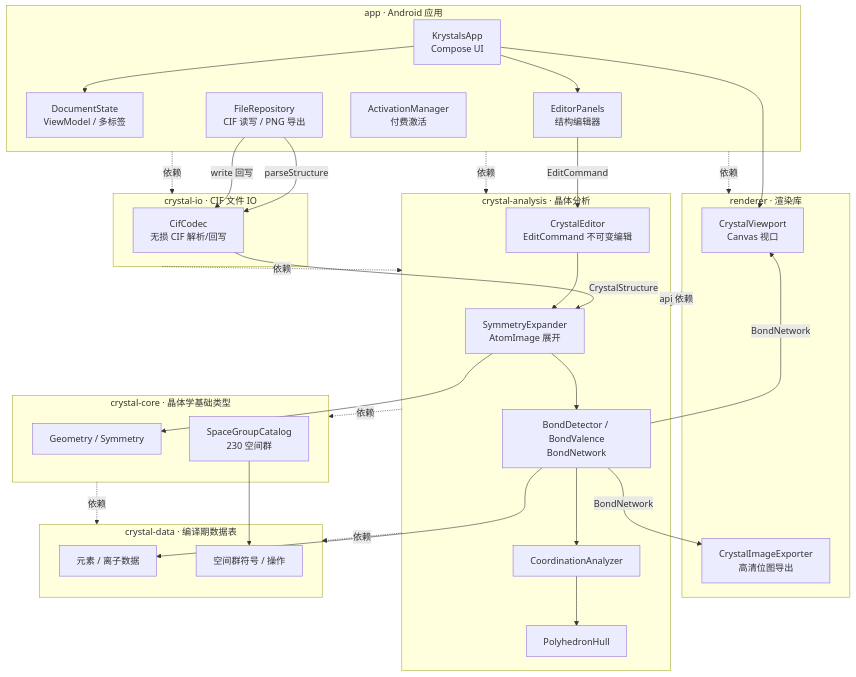
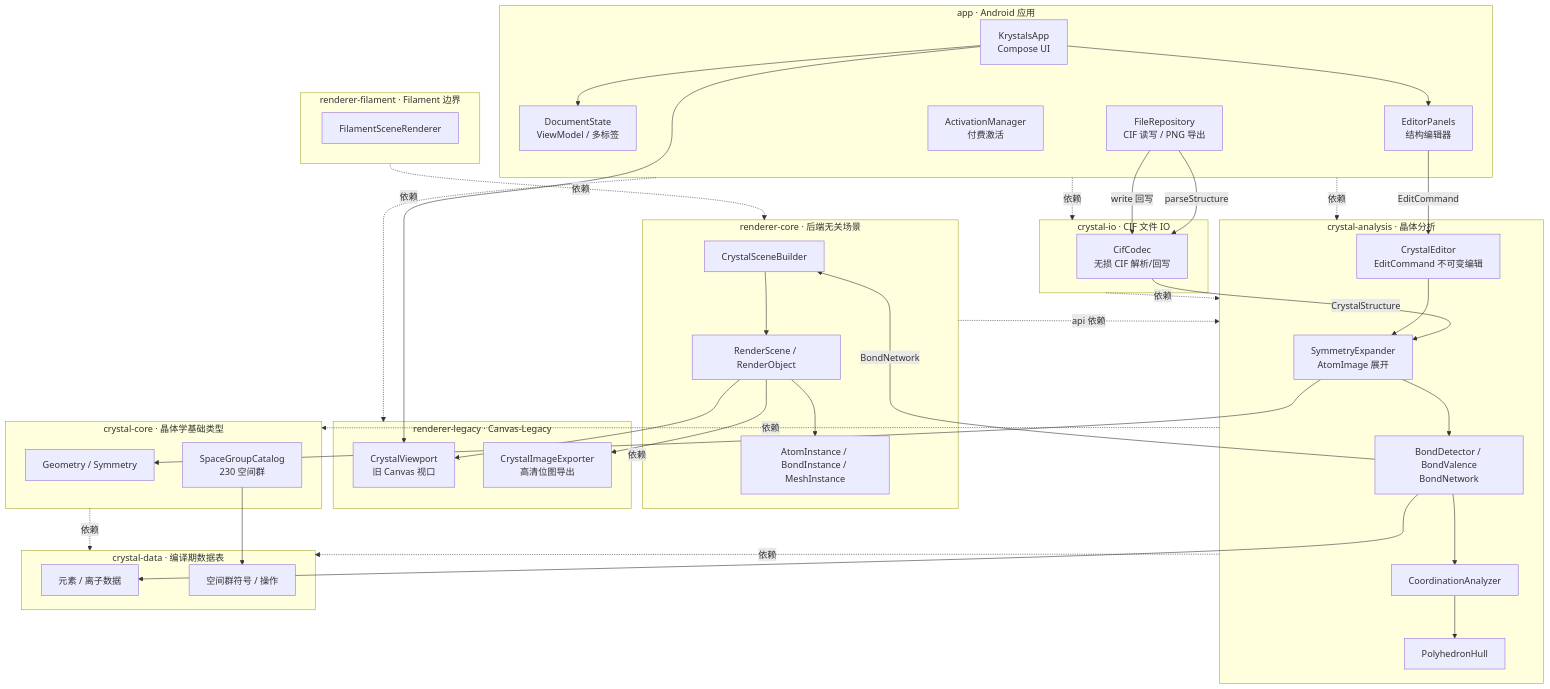
Before and after one commit to SUPERkelesss/Krystals: the diagram in README_cn.md, drawn with Mermaid. The commit also changed 27 other files, not shown here.

````diff
--- a/README_cn.md
+++ b/README_cn.md
@@ -53,58 +53,71 @@
 ```mermaid
 flowchart TB
     subgraph app["app · Android 应用"]
         UI["KrystalsApp<br/>Compose UI"]
         VM["DocumentState<br/>ViewModel / 多标签"]
         Edit["EditorPanels<br/>结构编辑器"]
         Repo["FileRepository<br/>CIF 读写 / PNG 导出"]
         Act["ActivationManager<br/>付费激活"]
     end
-    subgraph renderer["renderer · 渲染库"]
-        VP["CrystalViewport<br/>Canvas 视口"]
+    subgraph rendererCore["renderer-core · 后端无关场景"]
+        Builder["CrystalSceneBuilder"]
+        Scene["RenderScene / RenderObject"]
+        Primitive["AtomInstance / BondInstance / MeshInstance"]
+    end
+    subgraph rendererLegacy["renderer-legacy · Canvas-Legacy"]
+        VP["CrystalViewport<br/>旧 Canvas 视口"]
         Exp["CrystalImageExporter<br/>高清位图导出"]
+    end
+    subgraph rendererFilament["renderer-filament · Filament 边界"]
+        Filament["FilamentSceneRenderer"]
     end
     subgraph io["crystal-io · CIF 文件 IO"]
         Codec["CifCodec<br/>无损 CIF 解析/回写"]
     end
     subgraph analysis["crystal-analysis · 晶体分析"]
         Symmetry["SymmetryExpander<br/>AtomImage 展开"]
         Bonds["BondDetector / BondValence<br/>BondNetwork"]
         Coordination["CoordinationAnalyzer"]
         Hull["PolyhedronHull"]
         Editor["CrystalEditor<br/>EditCommand 不可变编辑"]
     end
     subgraph core["crystal-core · 晶体学基础类型"]
         Geometry["Geometry / Symmetry"]
         SG["SpaceGroupCatalog<br/>230 空间群"]
     end
     subgraph data["crystal-data · 编译期数据表"]
         Elements["元素 / 离子数据"]
         SpaceGroups["空间群符号 / 操作"]
     end
 
     UI --> VP
     UI --> Edit
     UI --> VM
     Repo -->|"parseStructure"| Codec
     Codec -->|"CrystalStructure"| Symmetry
     Edit -->|"EditCommand"| Editor
     Editor --> Symmetry
     Symmetry --> Bonds
-    Bonds -->|"BondNetwork"| VP
-    Bonds -->|"BondNetwork"| Exp
+    Bonds -->|"BondNetwork"| Builder
+    Builder --> Scene
+    Scene --> Primitive
+    Scene --> VP
+    Scene --> Exp
     Bonds --> Coordination
     Coordination --> Hull
     Repo -->|"write 回写"| Codec
     Symmetry --> Geometry
     SG --> SpaceGroups
     Bonds --> Elements
 
-    app -.->|依赖| renderer
+    app -.->|依赖| rendererLegacy
     app -.->|依赖| analysis
     app -.->|依赖| io
-    renderer -.->|api 依赖| analysis
+    rendererCore -.->|api 依赖| analysis
+    rendererLegacy -.->|依赖| rendererCore
+    rendererFilament -.->|依赖| rendererCore
     io -.->|依赖| analysis
     analysis -.->|依赖| core
     analysis -.->|依赖| data
     core -.->|依赖| data
 ```
````
